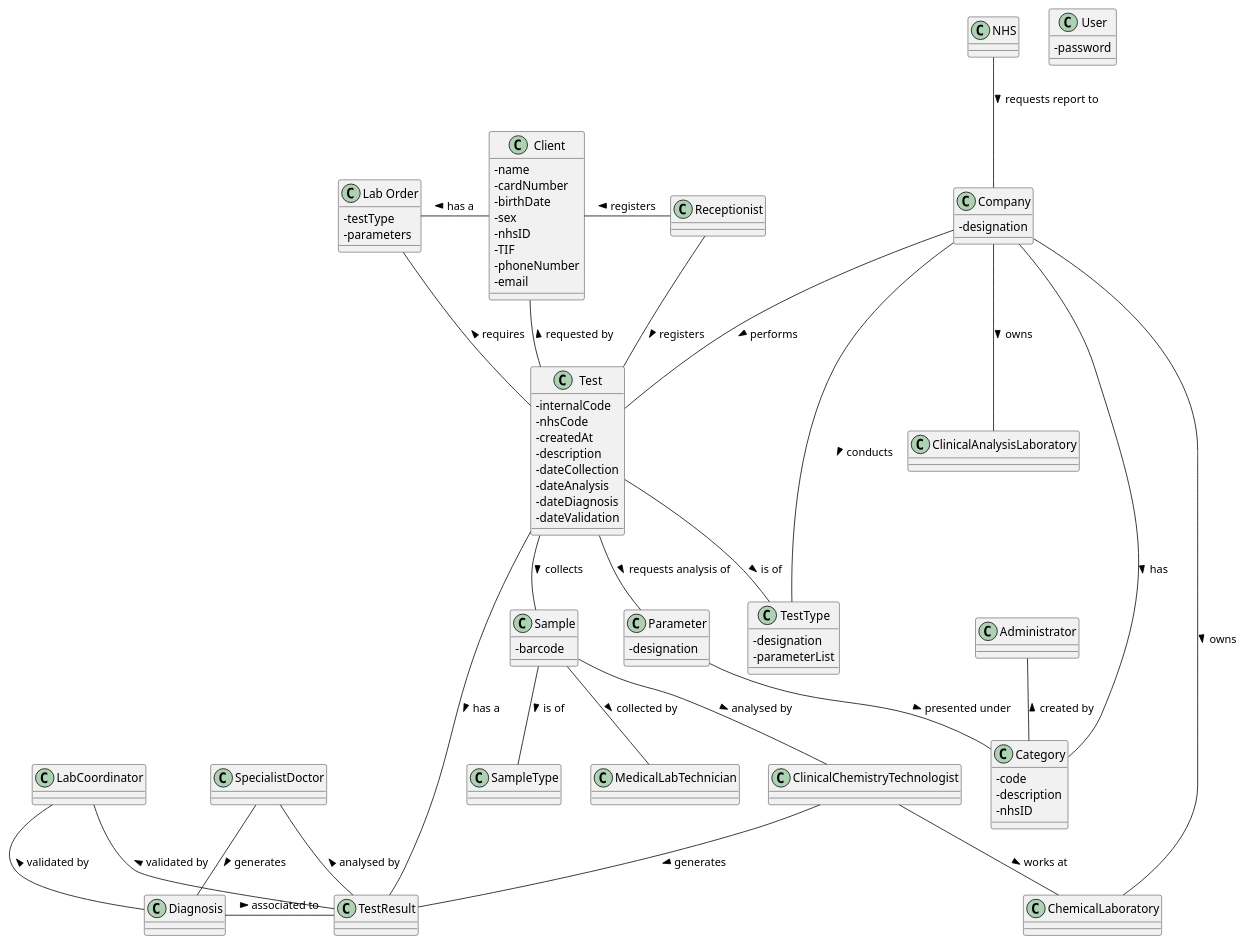
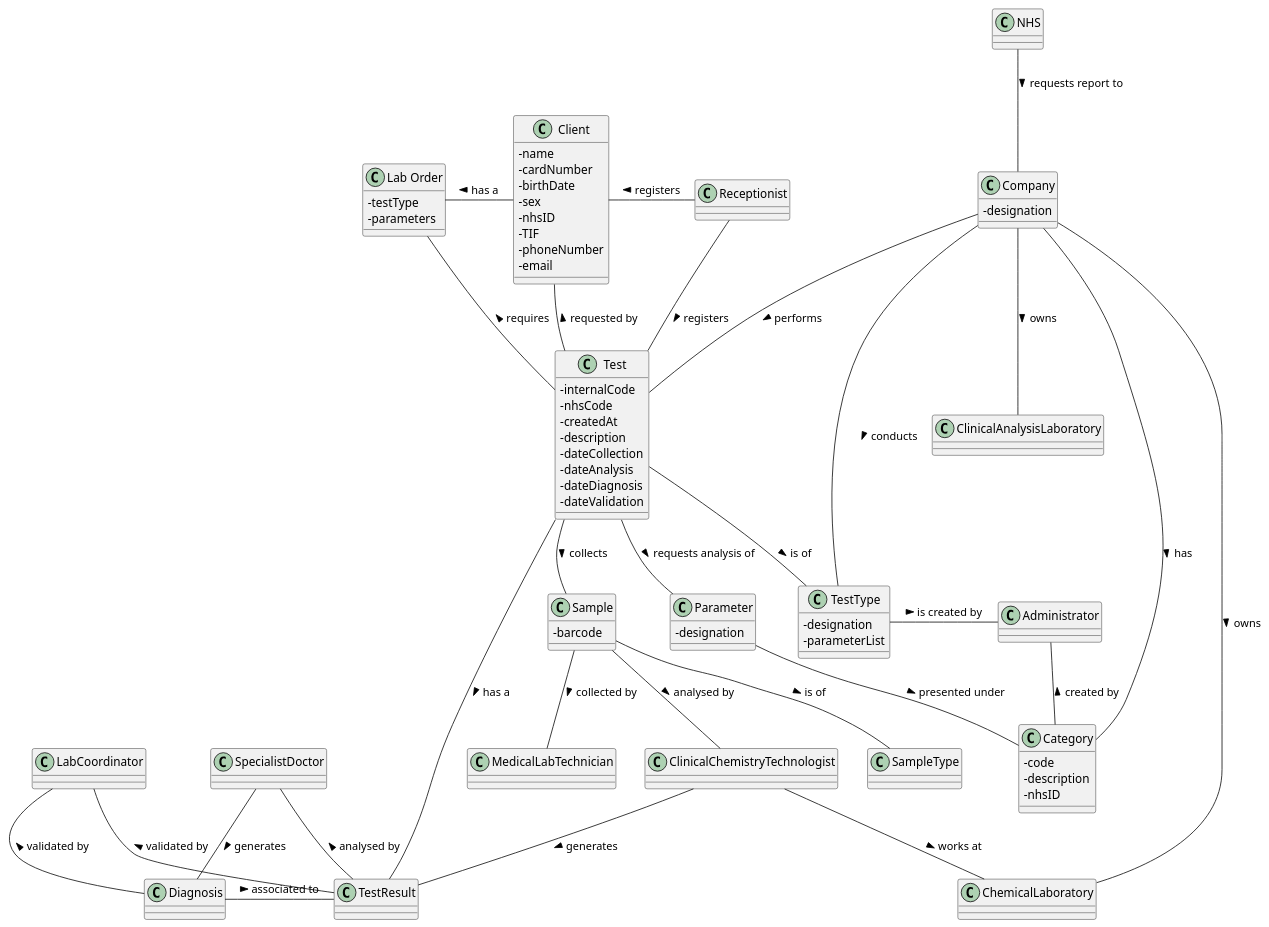
The diagram in docs/SprintA/DM.puml (MadDinosaur/ISEP-LAPR2), drawn with PlantUML before and after one commit. The commit also changed 2 other files, not shown here.

```diff
--- a/docs/SprintA/DM.puml
+++ b/docs/SprintA/DM.puml
@@ -1,89 +1,87 @@
 @startuml
 skinparam classAttributeIconSize 0
 class Test {
 -internalCode 
 -nhsCode
 -createdAt
 -description 
 -dateCollection 
 -dateAnalysis 
 -dateDiagnosis 
 -dateValidation
 }
 class TestType {
 -designation
 -parameterList
 }
 class Client {
 -name 
 -cardNumber 
 -birthDate 
 -sex 
 -nhsID
 -TIF
 -phoneNumber
 -email
 }
 class Sample {
 -barcode
 }
 class Parameter {
 -designation
 }
 class "Lab Order" {
 -testType 
 -parameters 
 }
 class Company {
 -designation
 }
 class Category {
 -code
 -description
 -nhsID
 }
 class Administrator
 class SampleType
 class MedicalLabTechnician
 class ClinicalChemistryTechnologist
 class ChemicalLaboratory
 class Receptionist
 class TestResult
 class SpecialistDoctor
 class LabCoordinator
 class Diagnosis
 class NHS
-class User {
--password
-}
 Client -left- "Lab Order" : has a >
 Company -down- TestType : conducts >
 Company -down- ChemicalLaboratory : owns >
 Company -down- ClinicalAnalysisLaboratory : owns >
 Test -down- "TestType" : is of >
 Test -up- Client : requested by >
 Test -down- Sample : collects >
 Test -down- Parameter : requests analysis of >
 Test -up- "Lab Order" : requires >
 Test -up- Company : performs <
 Test -down- TestResult : has a >
 Administrator -- Category : created by <
 Parameter -- Category : presented under >
 SampleType -up- Sample  : is of <
 MedicalLabTechnician -up- Sample : collected by <
 ClinicalChemistryTechnologist -up- Sample : analysed by <
 ClinicalChemistryTechnologist -down- ChemicalLaboratory : works at >
 Receptionist -left- Client : registers >
 Receptionist -down- Test : registers >
 TestResult -up- ClinicalChemistryTechnologist : generates <
 TestResult -up- SpecialistDoctor : analysed by >
 TestResult -up- LabCoordinator : validated by >
 Diagnosis -up- SpecialistDoctor : generates <
 Diagnosis -up- LabCoordinator : validated by >
 Diagnosis -right- TestResult : associated to >
 NHS -down- Company : requests report to >
 Company -down- Category : has >
+TestType -right- Administrator : is created by >
 
 'Note:
 'Consider the following generalizations: Employee and Laboratory
 @enduml
```
